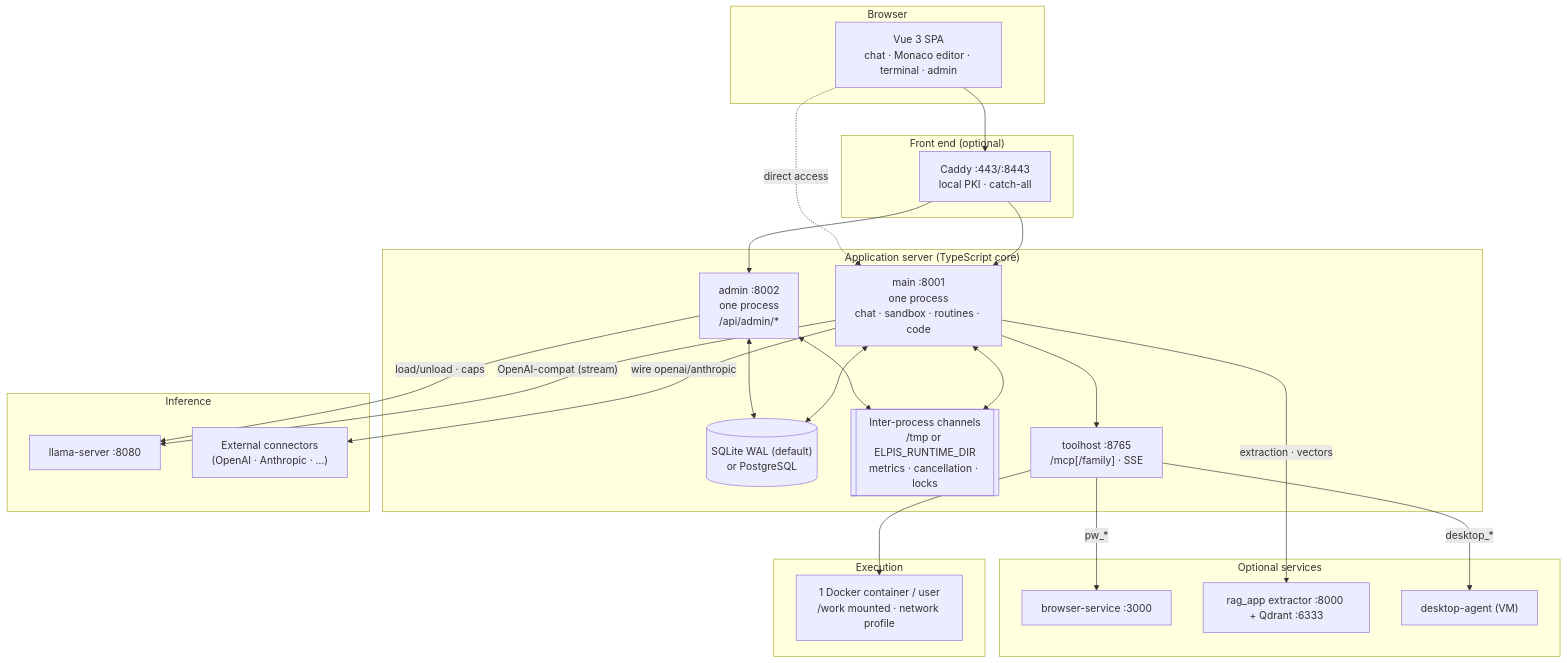
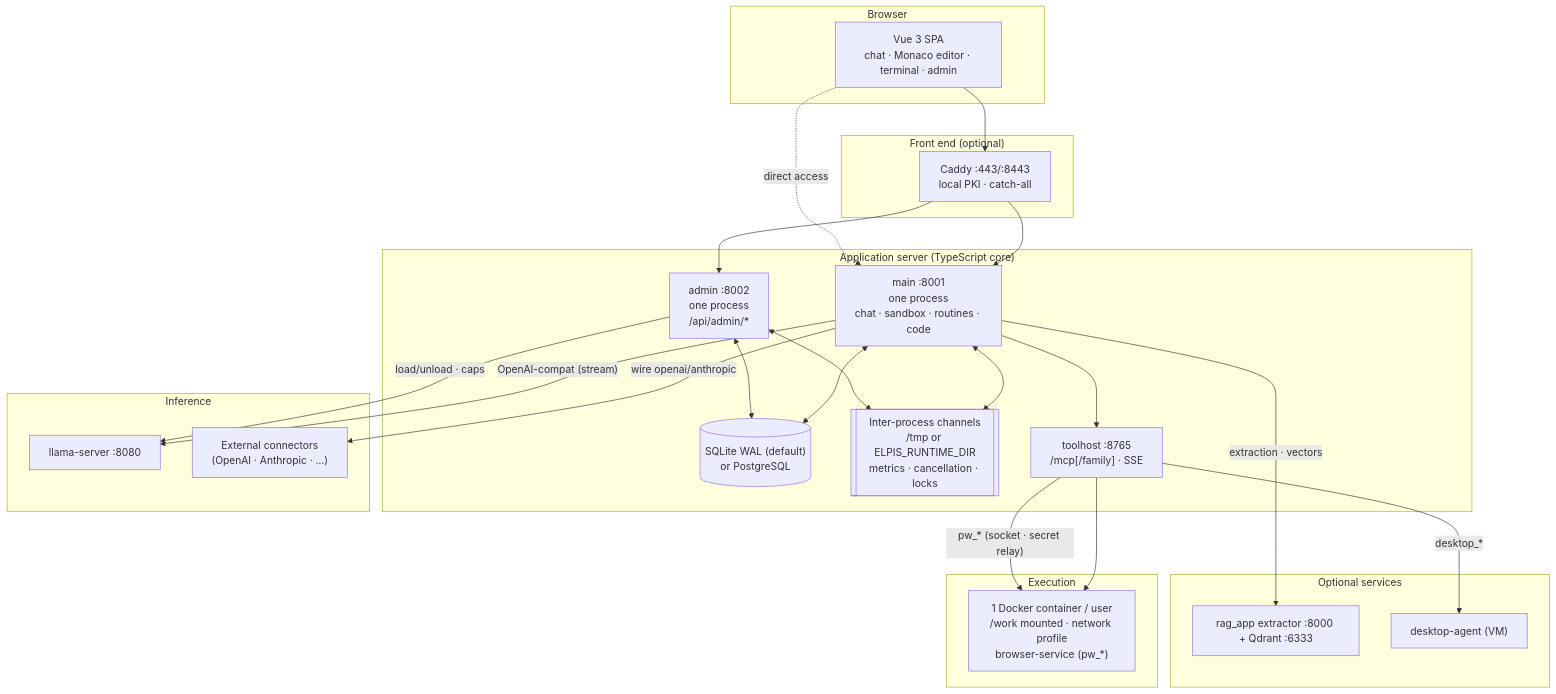
Before and after one commit to toto-fou/Elpis: the first of 16 diagrams in docs/architecture.md, drawn with Mermaid. The commit also changed other lines of this file and 66 other files, not shown here.

First line of the commit message:
Browser in the sandbox, secret relay and vault login

````diff
--- a/docs/architecture.md
+++ b/docs/architecture.md
@@ -161,47 +161,46 @@
 ```mermaid
 flowchart TB
     subgraph Client["Browser"]
         SPA["Vue 3 SPA<br/>chat · Monaco editor · terminal · admin"]
     end
 
     subgraph Edge["Front end (optional)"]
         Caddy["Caddy :443/:8443<br/>local PKI · catch-all"]
     end
 
     subgraph AppServer["Application server (TypeScript core)"]
         Main["main :8001<br/>one process<br/>chat · sandbox · routines · code"]
         Admin["admin :8002<br/>one process<br/>/api/admin/*"]
         DB[("SQLite WAL (default)<br/>or PostgreSQL")]
         Spool[["Inter-process channels<br/>/tmp or ELPIS_RUNTIME_DIR<br/>metrics · cancellation · locks"]]
         MCP["toolhost :8765<br/>/mcp[/family] · SSE"]
     end
 
     subgraph Exec["Execution"]
-        Docker["1 Docker container / user<br/>/work mounted · network profile"]
+        Docker["1 Docker container / user<br/>/work mounted · network profile<br/>browser-service (pw_*)"]
     end
 
     subgraph LLM["Inference"]
         Llama["llama-server :8080"]
         Ext["External connectors<br/>(OpenAI · Anthropic · …)"]
     end
 
     subgraph Optional["Optional services"]
-        Browser["browser-service :3000"]
         RAG["rag_app extractor :8000 + Qdrant :6333"]
         Desk["desktop-agent (VM)"]
     end
 
     SPA --> Caddy --> Main & Admin
     SPA -. "direct access" .-> Main
     Main <--> DB
     Admin <--> DB
     Main <--> Spool
     Admin <--> Spool
     Main --> MCP --> Docker
     Main -- "OpenAI-compat (stream)" --> Llama
     Main -- "wire openai/anthropic" --> Ext
     Admin -- "load/unload · caps" --> Llama
-    MCP -- "pw_*" --> Browser
+    MCP -- "pw_* (socket · secret relay)" --> Docker
     MCP -- "desktop_*" --> Desk
     Main -- "extraction · vectors" --> RAG
 ```
````
